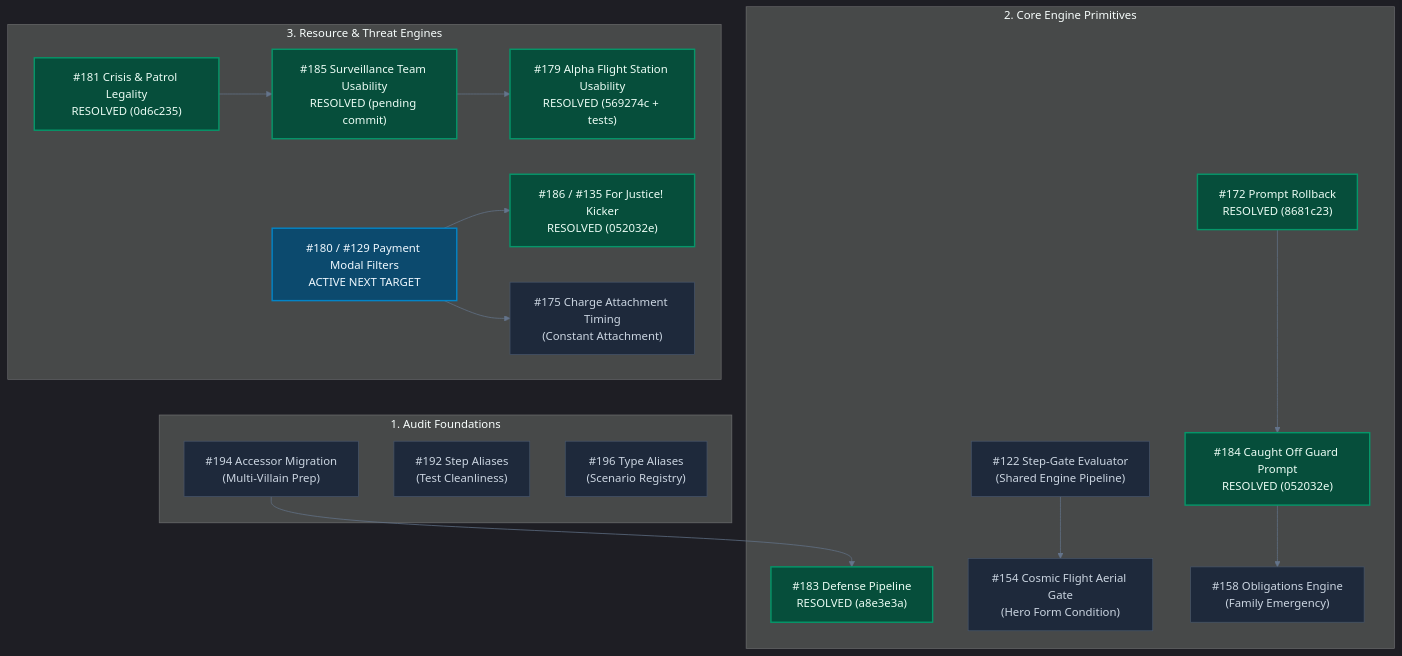
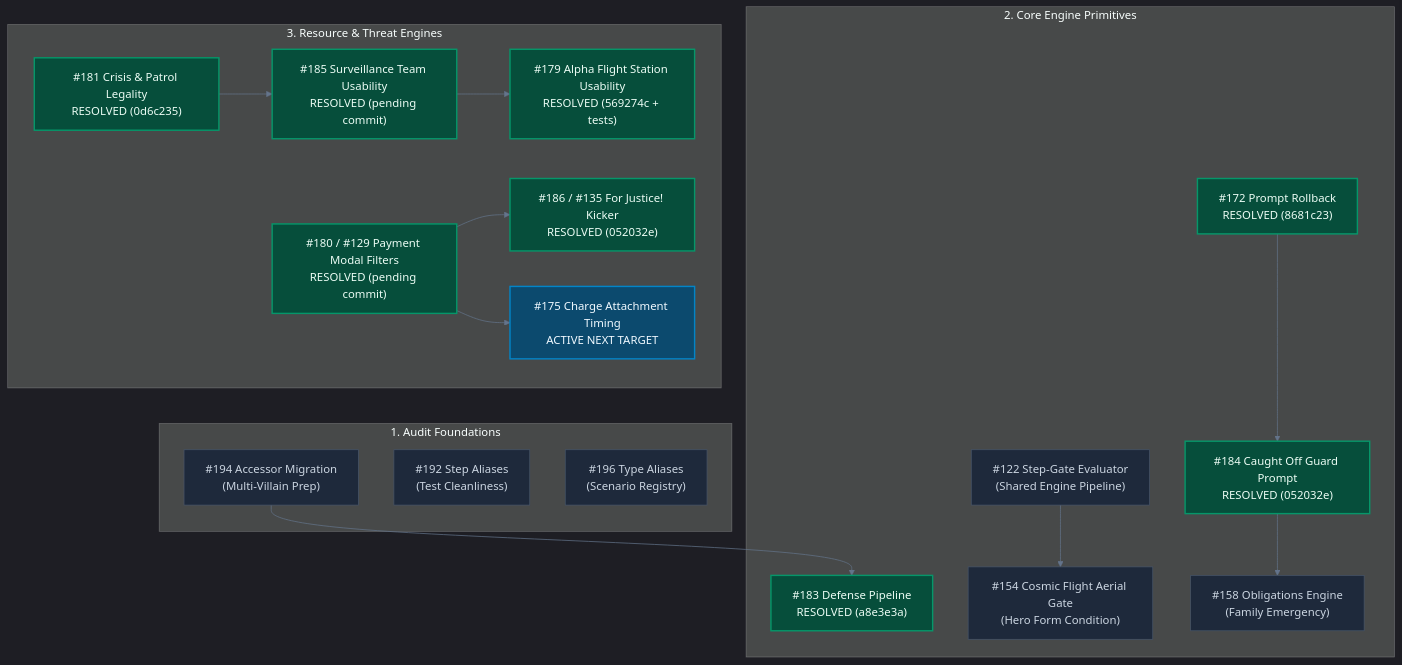
One commit to SteveRodrigue/MCD changed the diagram in docs/backlog/teamwork_status_and_next_target.md. Above: the diagram before and after it, drawn with Mermaid. The commit also changed other lines of this file and 8 other files, not shown here.

First line of the commit message:
fix(ui): Enforce resource type eligibility in payment modal (Fixes #180, Fixes #129)

````diff
--- a/docs/backlog/teamwork_status_and_next_target.md
+++ b/docs/backlog/teamwork_status_and_next_target.md
@@ -23,46 +23,46 @@
 ```mermaid
 %%{init: {'theme': 'dark', 'themeVariables': { 'darkMode': true, 'background': '#0b0f19', 'primaryColor': '#1e293b', 'primaryTextColor': '#f8fafc', 'primaryBorderColor': '#475569', 'lineColor': '#64748b', 'secondaryColor': '#0f172a', 'tertiaryColor': '#1e293b' }}}%%
 flowchart TD
     subgraph AuditFoundations["1. Audit Foundations"]
         I194["#194 Accessor Migration<br/>(Multi-Villain Prep)"]
         I192["#192 Step Aliases<br/>(Test Cleanliness)"]
         I196["#196 Type Aliases<br/>(Scenario Registry)"]
     end
 
     subgraph CoreEngine["2. Core Engine Primitives"]
         I183["#183 Defense Pipeline<br/>RESOLVED (a8e3e3a)"]
         I172["#172 Prompt Rollback<br/>RESOLVED (8681c23)"]
         I184["#184 Caught Off Guard Prompt<br/>RESOLVED (052032e)"]
         I122["#122 Step-Gate Evaluator<br/>(Shared Engine Pipeline)"]
         I154["#154 Cosmic Flight Aerial Gate<br/>(Hero Form Condition)"]
         I158["#158 Obligations Engine<br/>(Family Emergency)"]
     end
 
     subgraph ResourceThreat["3. Resource & Threat Engines"]
         I181["#181 Crisis & Patrol Legality<br/>RESOLVED (0d6c235)"]
         I186["#186 / #135 For Justice! Kicker<br/>RESOLVED (052032e)"]
-        I180["#180 / #129 Payment Modal Filters<br/>ACTIVE NEXT TARGET"]
+        I180["#180 / #129 Payment Modal Filters<br/>RESOLVED (pending commit)"]
         I185["#185 Surveillance Team Usability<br/>RESOLVED (pending commit)"]
         I179["#179 Alpha Flight Station Usability<br/>RESOLVED (569274c + tests)"]
-        I175["#175 Charge Attachment Timing<br/>(Constant Attachment)"]
+        I175["#175 Charge Attachment Timing<br/>ACTIVE NEXT TARGET"]
     end
 
     %% Dependencies & Flows
     I194 --> I183
     I172 --> I184
     I184 --> I158
     I122 --> I154
     I181 --> I185
     I185 --> I179
     I180 --> I186
     I180 --> I175
 
     %% Dark Mode Styles
     classDef resolved fill:#064e3b,stroke:#059669,stroke-width:2px,color:#ecfdf5;
     classDef active fill:#0c4a6e,stroke:#0284c7,stroke-width:2px,color:#f0f9ff;
     classDef open fill:#1e293b,stroke:#475569,stroke-width:1px,color:#cbd5e1;
 
-    class I183,I172,I184,I181,I186,I185,I179 resolved;
-    class I180 active;
-    class I194,I192,I196,I122,I154,I158,I175 open;
+    class I183,I172,I184,I181,I186,I185,I179,I180 resolved;
+    class I175 active;
+    class I194,I192,I196,I122,I154,I158 open;
 ```
````
